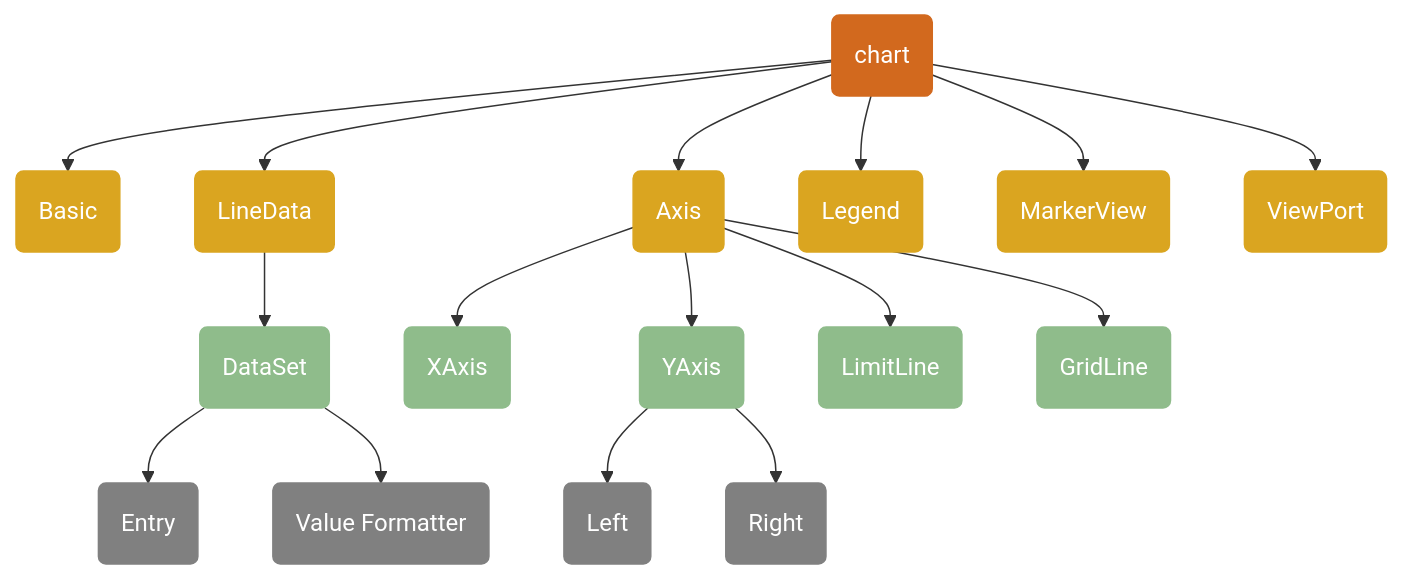
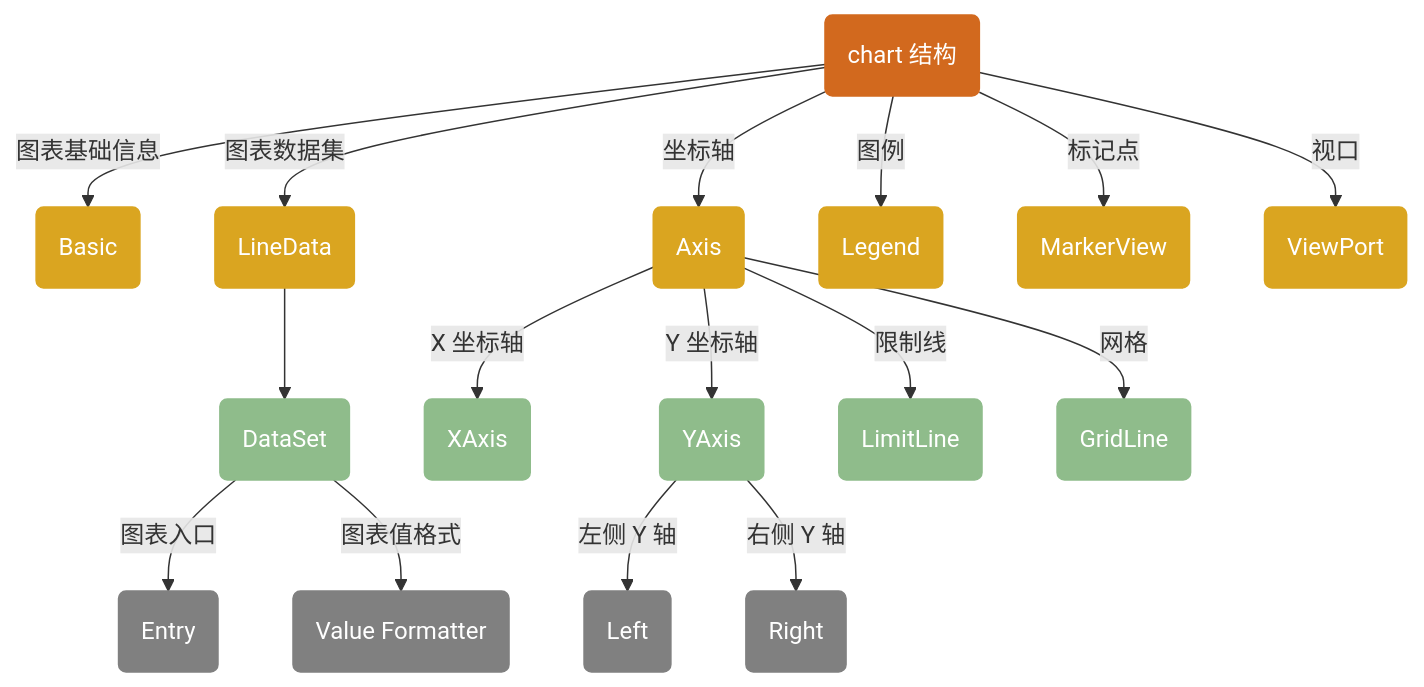
The diagram in README.md (cangjielanguage-tpc/chart4cj), drawn with Mermaid before and after one commit. The commit also changed other lines of this file and 26 other files, not shown here.

Commit message:
[doc]: add combined chart api and update readme

````diff
--- a/README.md
+++ b/README.md
@@ -31,29 +32,29 @@
 ```mermaid
 flowchart TD
-    A("chart")
-    A-->B("Basic")
-    A-->C("LineData")
+    A("chart 结构")
+    A--图表基础信息-->B("Basic")
+    A--图表数据集-->C("LineData")
         C-->H("DataSet")
-        H-->H1("Entry")
-        H-->H2("Value Formatter")
-    A-->D("Axis")
-        D-->D1("XAxis")
-        D-->D2("YAxis")
-            D2-->D21("Left")
-            D2-->D22("Right")
-        D-->D3("LimitLine")
-        D-->D4("GridLine")
-    A-->E("Legend")
-    A-->F("MarkerView")
-    A-->G("ViewPort")
+        H--图表入口-->H1("Entry")
+        H--图表值格式-->H2("Value Formatter")
+    A--坐标轴-->D("Axis")
+        D--X 坐标轴-->D1("XAxis")
+        D--Y 坐标轴-->D2("YAxis")
+            D2--左侧 Y 轴-->D21("Left")
+            D2--右侧 Y 轴-->D22("Right")
+        D--限制线-->D3("LimitLine")
+        D--网格-->D4("GridLine")
+    A--图例-->E("Legend")
+    A--标记点-->F("MarkerView")
+    A--视口-->G("ViewPort")
 
     class A classA
     class B,C,D,E,F,G classB
     class H,D1,D2,D3,D4 classH
     class H1,H2,D21,D22 classE
     classDef classA fill:#d2691e,color:#fff,stroke:#d2691e;
     classDef classB fill:#daa520,color:#fff,stroke:#daa520;
     classDef classH fill:#8fbc8b,color:#fff,stroke:#8fbc8b;
     classDef classE fill:#808080,color:#fff,stroke:#808080;
 
 ```
````
